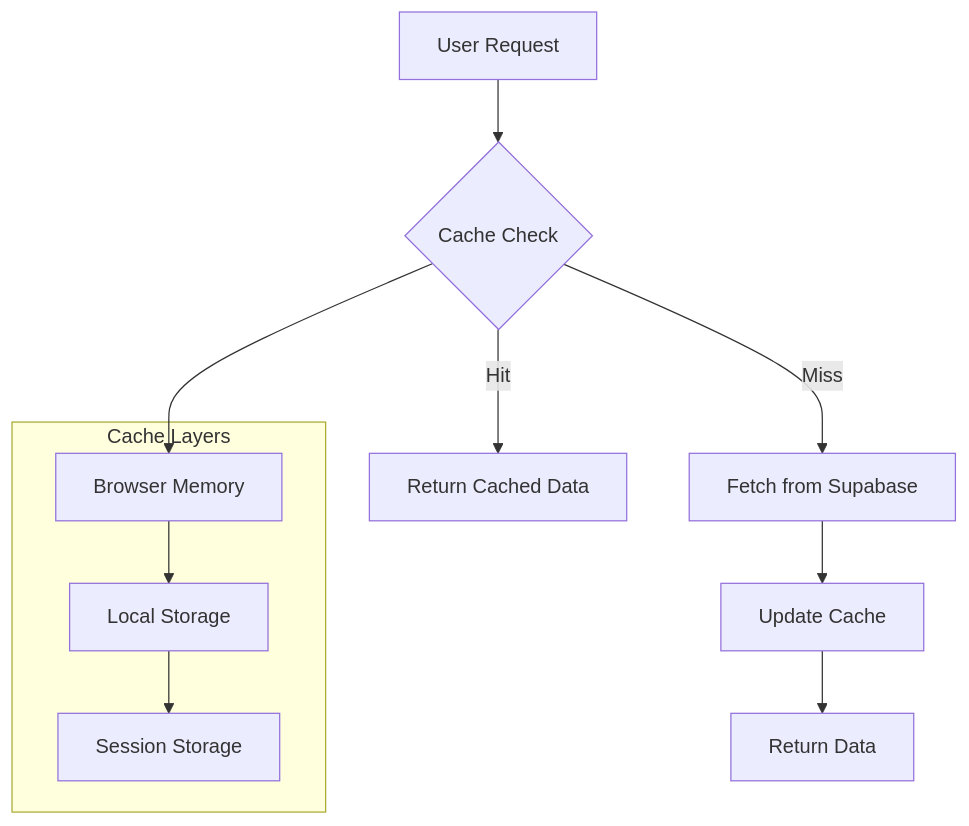
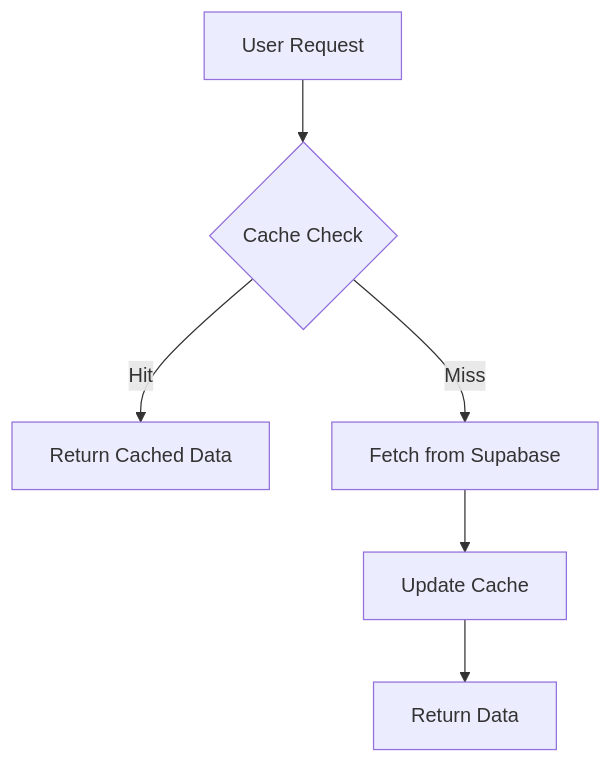
Before and after one commit to mongeon/RecettesIndex: the eighth of 12 diagrams in docs/ARCHITECTURE.md, drawn with Mermaid. The commit also changed other lines of this file, not shown here.

First line of the commit message:
docs: drop real-time and other unused technologies from the architecture

````diff
--- a/docs/ARCHITECTURE.md
+++ b/docs/ARCHITECTURE.md
@@ -423,18 +412,8 @@
 ```mermaid
 graph TD
     A[User Request] --> B{Cache Check}
     B -->|Hit| C[Return Cached Data]
     B -->|Miss| D[Fetch from Supabase]
     D --> E[Update Cache]
     E --> F[Return Data]
-    
-    subgraph "Cache Layers"
-        G[Browser Memory]
-        H[Local Storage]
-        I[Session Storage]
-    end
-    
-    B --> G
-    G --> H
-    H --> I
 ```
````
